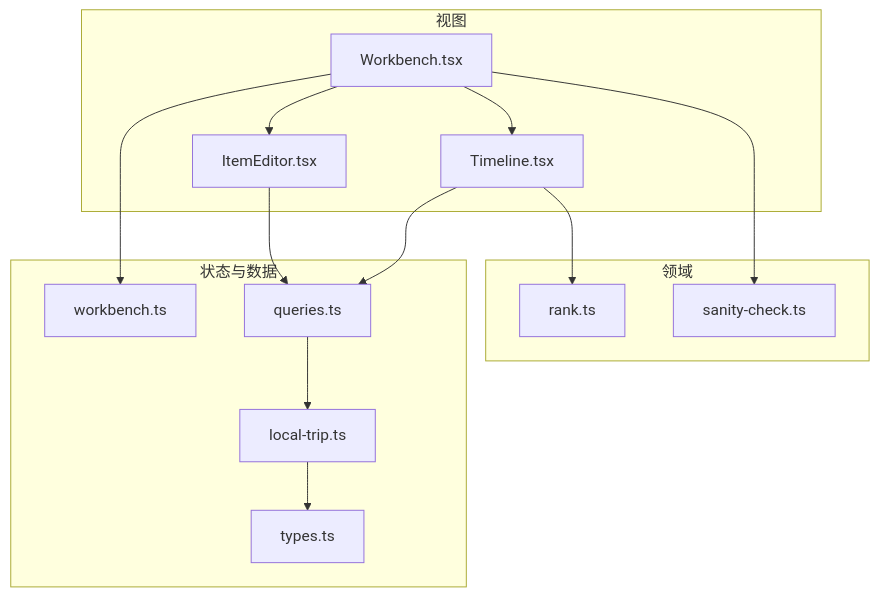
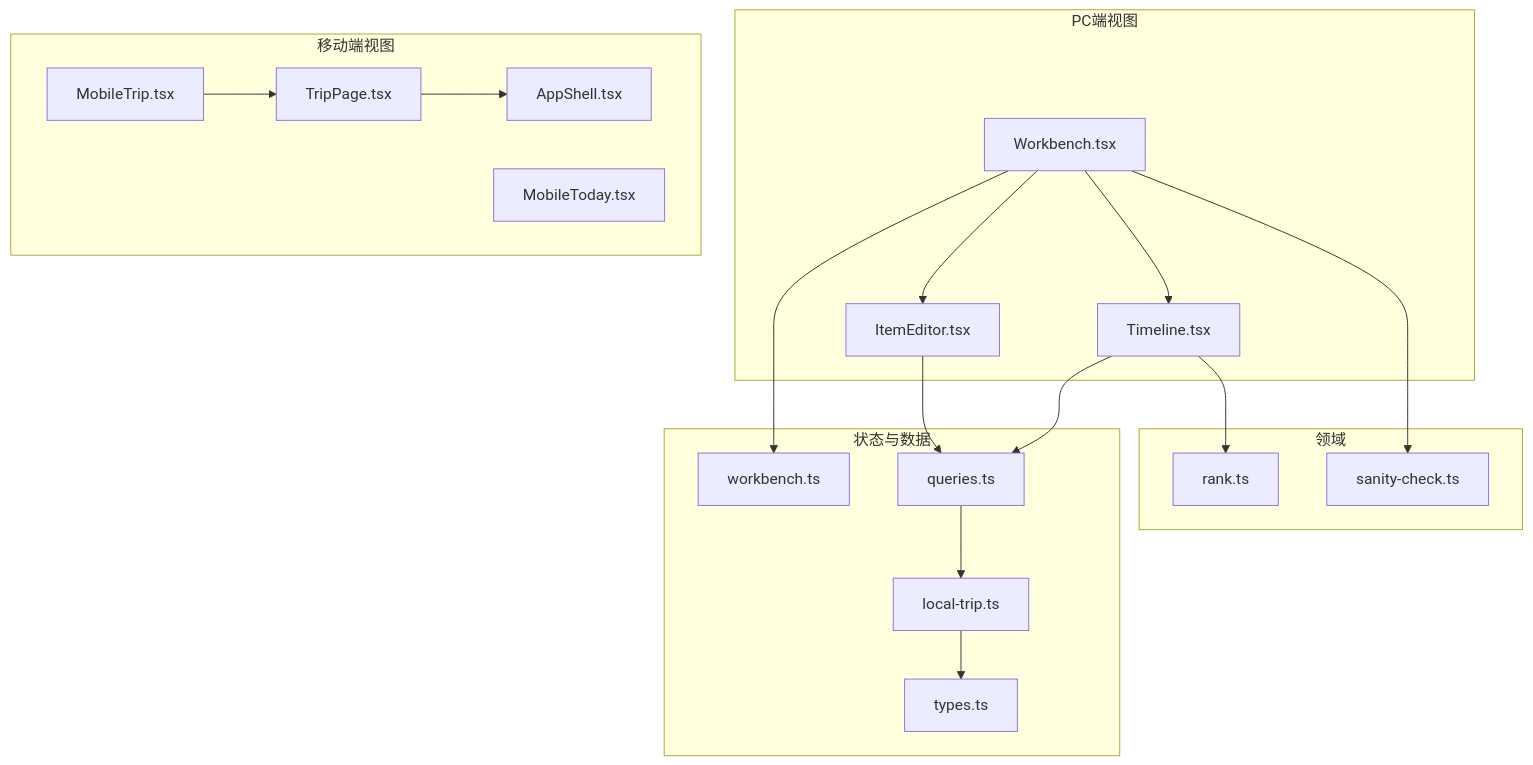
The first of 8 diagrams in .qoder/repowiki/zh/content/核心功能模块/行程管理模块/行程管理模块.md (huangyilu/wanwuyishi), drawn with Mermaid before and after one commit. The commit also changed other lines of this file and 103 other files, not shown here.

````diff
--- a/.qoder/repowiki/zh/content/核心功能模块/行程管理模块/行程管理模块.md
+++ b/.qoder/repowiki/zh/content/核心功能模块/行程管理模块/行程管理模块.md
@@ -49,27 +64,35 @@
 ```mermaid
 graph TB
-subgraph "视图"
+subgraph "PC端视图"
 WB["Workbench.tsx"]
 TL["Timeline.tsx"]
 IE["ItemEditor.tsx"]
+end
+subgraph "移动端视图"
+MT["MobileTrip.tsx"]
+MTO["MobileToday.tsx"]
+TP["TripPage.tsx"]
+AS["AppShell.tsx"]
 end
 subgraph "领域"
 RK["rank.ts"]
 SC["sanity-check.ts"]
 end
 subgraph "状态与数据"
 ST["workbench.ts"]
 TY["types.ts"]
 QRY["queries.ts"]
 ADP["local-trip.ts"]
 end
 WB --> TL
 WB --> IE
 TL --> QRY
 IE --> QRY
 WB --> ST
 TL --> RK
 WB --> SC
 QRY --> ADP
 ADP --> TY
+MT --> TP
+TP --> AS
 ```
````
